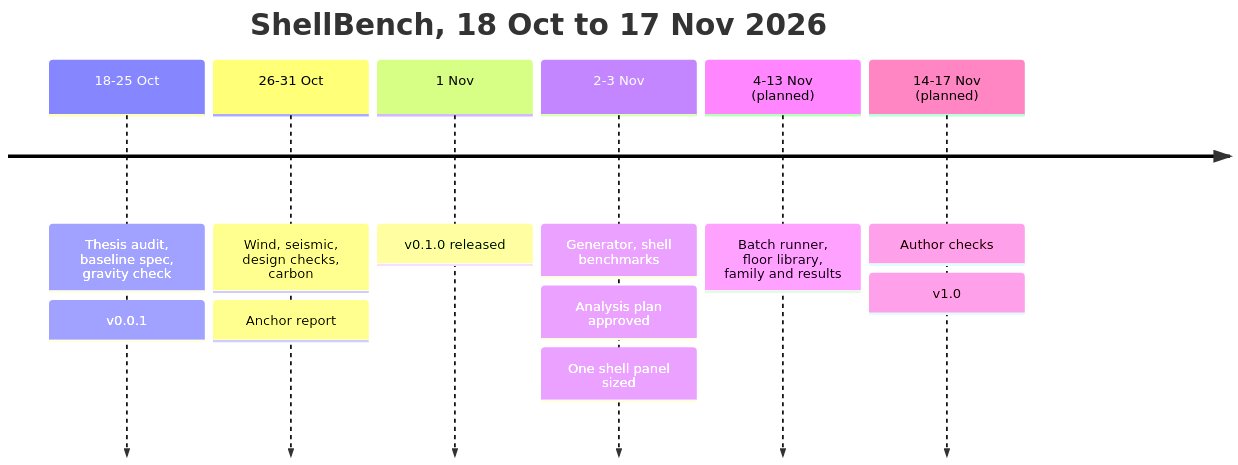
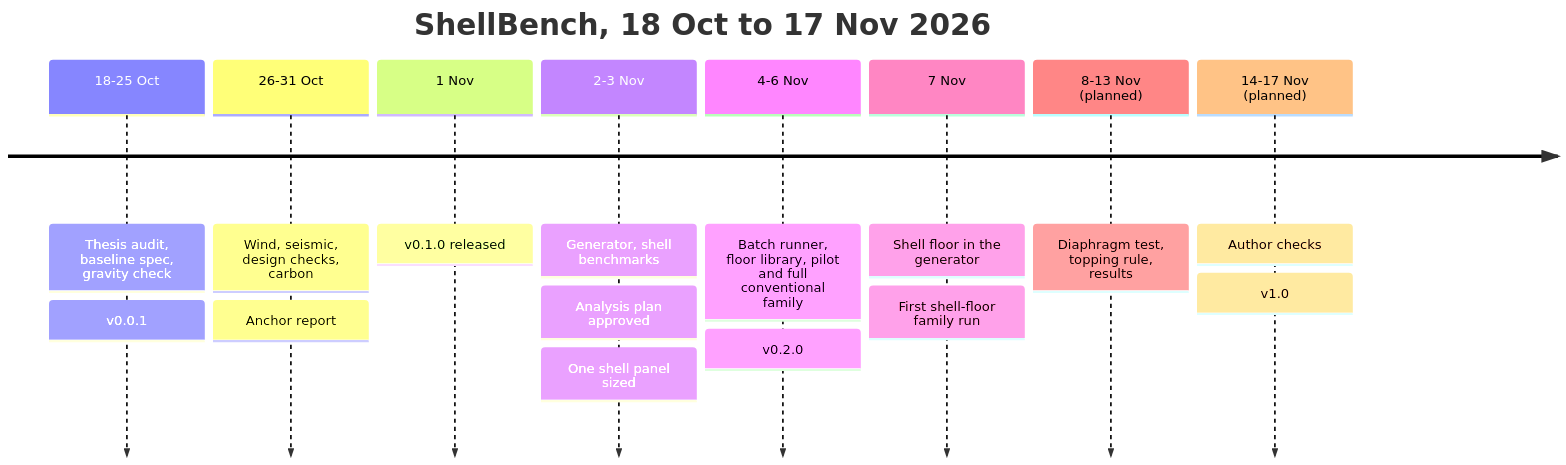
The second of 2 diagrams in README.md (syednafizreja/ShellBench), drawn with Mermaid before and after one commit. The commit also changed other lines of this file, not shown here.

Commit message:
README: update to v0.2.0, 193 tests, shell family run, open items

````diff
--- a/README.md
+++ b/README.md
@@ -68,10 +68,12 @@
 ```mermaid
 timeline
     title ShellBench, 18 Oct to 17 Nov 2026
     18-25 Oct : Thesis audit, baseline spec, gravity check : v0.0.1
     26-31 Oct : Wind, seismic, design checks, carbon : Anchor report
     1 Nov : v0.1.0 released
     2-3 Nov : Generator, shell benchmarks : Analysis plan approved : One shell panel sized
-    4-13 Nov (planned) : Batch runner, floor library, family and results
+    4-6 Nov : Batch runner, floor library, pilot and full conventional family : v0.2.0
+    7 Nov : Shell floor in the generator : First shell-floor family run
+    8-13 Nov (planned) : Diaphragm test, topping rule, results
     14-17 Nov (planned) : Author checks : v1.0
 ```
````
